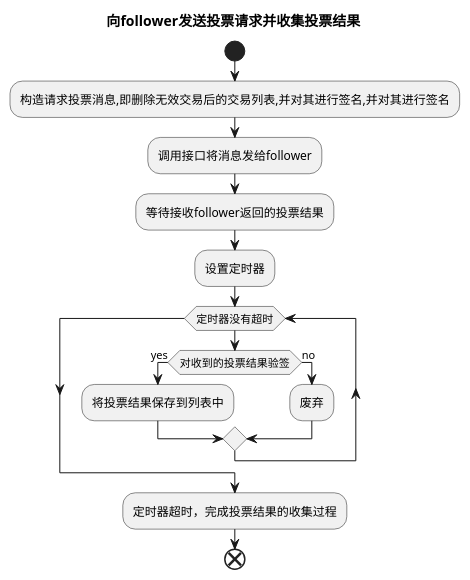
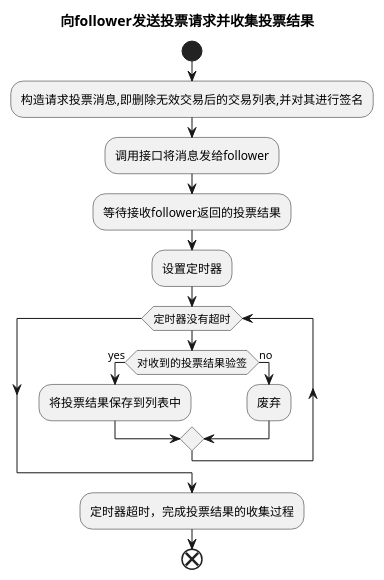
One commit to alvinleee/matrix-work changed the diagram in doc/sendVoteRequestToFollower.wsd. Above: the diagram before and after it, drawn with PlantUML. The commit also changed 13 other files, not shown here.

```diff
--- a/doc/sendVoteRequestToFollower.wsd
+++ b/doc/sendVoteRequestToFollower.wsd
@@ -1,17 +1,17 @@
 @startuml
 title 向follower发送投票请求并收集投票结果
 start
-:构造请求投票消息,即删除无效交易后的交易列表,并对其进行签名,并对其进行签名;
+:构造请求投票消息,即删除无效交易后的交易列表,并对其进行签名;
 :调用接口将消息发给follower;
 :等待接收follower返回的投票结果;
 :设置定时器;
 while(定时器没有超时)
     if(对收到的投票结果验签)then(yes)
         :将投票结果保存到列表中;
     else (no)
         :废弃;
     endif
 endwhile
 :定时器超时，完成投票结果的收集过程;
 end
 @enduml
```
